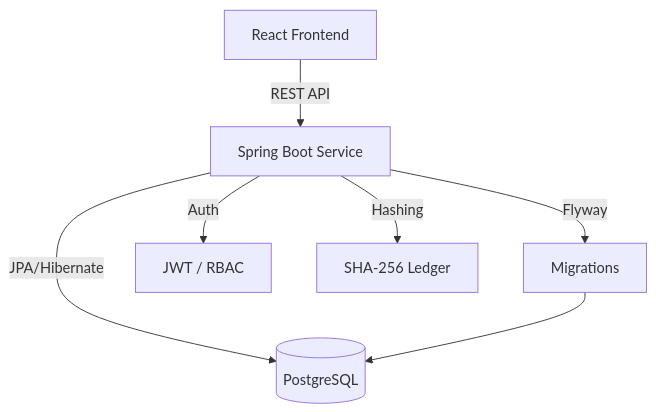
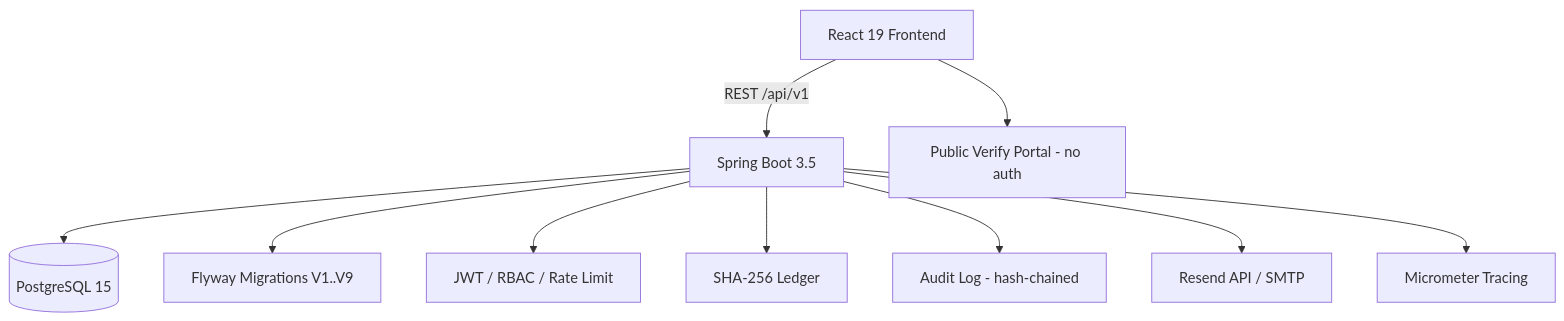
One commit to redkiros81294/se4801-group-SY changed the diagram in README.md. Above: the diagram before and after it, drawn with Mermaid. The commit also changed other lines of this file and 106 other files, not shown here.

````diff
--- a/README.md
+++ b/README.md
@@ -119,9 +45,12 @@
 ```mermaid
 graph TD
-    A[React Frontend] -->|REST API| B[Spring Boot Service]
-    B -->|JPA/Hibernate| C[(PostgreSQL)]
-    B -->|Flyway| D[Migrations]
-    D --> C
-    B -->|Auth| E[JWT / RBAC]
-    B -->|Hashing| F[SHA-256 Ledger]
+    A[React 19 Frontend] -->|REST /api/v1| B[Spring Boot 3.5]
+    B --> C[(PostgreSQL 15)]
+    B --> D[Flyway Migrations V1..V9]
+    B --> E[JWT / RBAC / Rate Limit]
+    B --> F[SHA-256 Ledger]
+    B --> G[Audit Log - hash-chained]
+    B --> H[Resend API / SMTP]
+    B --> I[Micrometer Tracing]
+    A --> J[Public Verify Portal - no auth]
 ```
````
